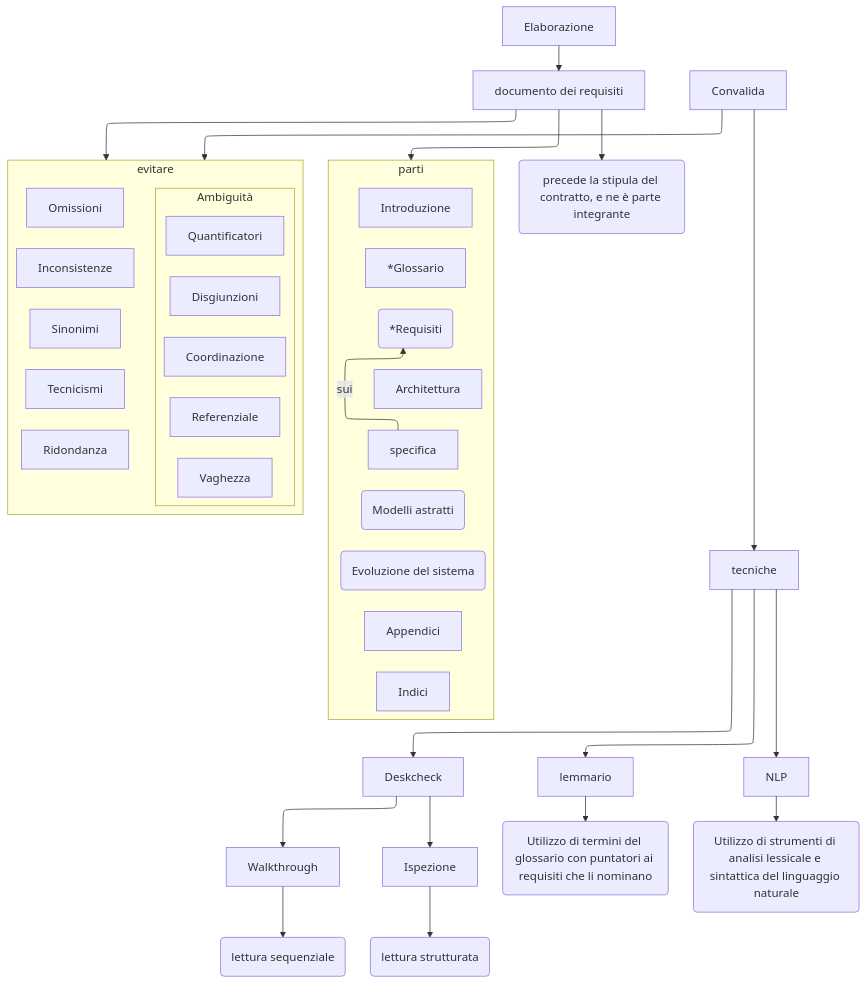
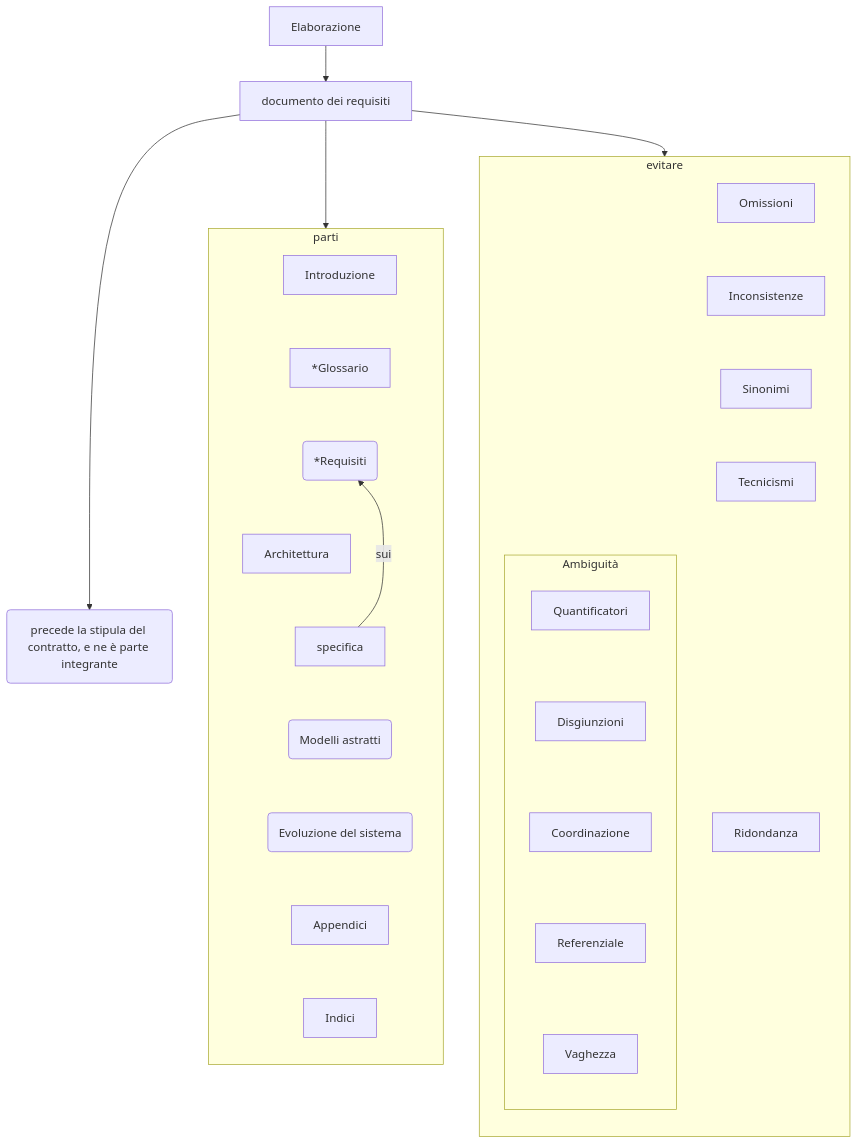
Before and after one commit to Firi0n/appunti-unipi: the third of 5 diagrams in src/content/docs/software_engineering/analisi_requisiti.md, drawn with Mermaid. The commit also changed other lines of this file and 12 other files, not shown here.

````diff
--- a/src/content/docs/software_engineering/analisi_requisiti.md
+++ b/src/content/docs/software_engineering/analisi_requisiti.md
@@ -67,44 +53,41 @@
 ```mermaid
 ---
 config:
-  layout: elk
+    elk: {
+        forceNodeModelOrder: false,
+    }
 ---
 graph TB
+
     Elaborazione --> doc_req[documento dei requisiti] --> Contratto(precede la stipula del contratto, e ne è parte integrante)
     doc_req --> parti
     subgraph parti
     direction TB
         Introduzione ~~~
         *Glossario ~~~
         R0(*Requisiti) ~~~
         Architettura ~~~
         specifica -->|sui| R0
         specifica ~~~ mod_ast(Modelli astratti) ~~~
         ev_sis(Evoluzione del sistema) ~~~
         Appendici ~~~
         Indici
     end
     doc_req[documento dei requisiti] --> evitare
     subgraph evitare
     direction TB
         Omissioni ~~~
         Inconsistenze ~~~ Sinonimi
         subgraph Ambiguità
         direction TB
             Quantificatori ~~~
             Disgiunzioni ~~~
             Coordinazione ~~~
             Referenziale ~~~
             Vaghezza
         end
         Sinonimi ~~~
         Tecnicismi ~~~
         Ridondanza
     end
-
-    Convalida --> evitare
-    Convalida --> tecniche --> Deskcheck --> Walkthrough --> let_seq(lettura sequenziale)
-    Deskcheck --> Ispezione --> let_strut(lettura strutturata)
-    tecniche --> lemmario --> def_lem(Utilizzo di termini del glossario con puntatori ai requisiti che li nominano)
-    tecniche --> NLP --> def_NLP(Utilizzo di strumenti di analisi lessicale e sintattica del linguaggio naturale)
 ```
````
